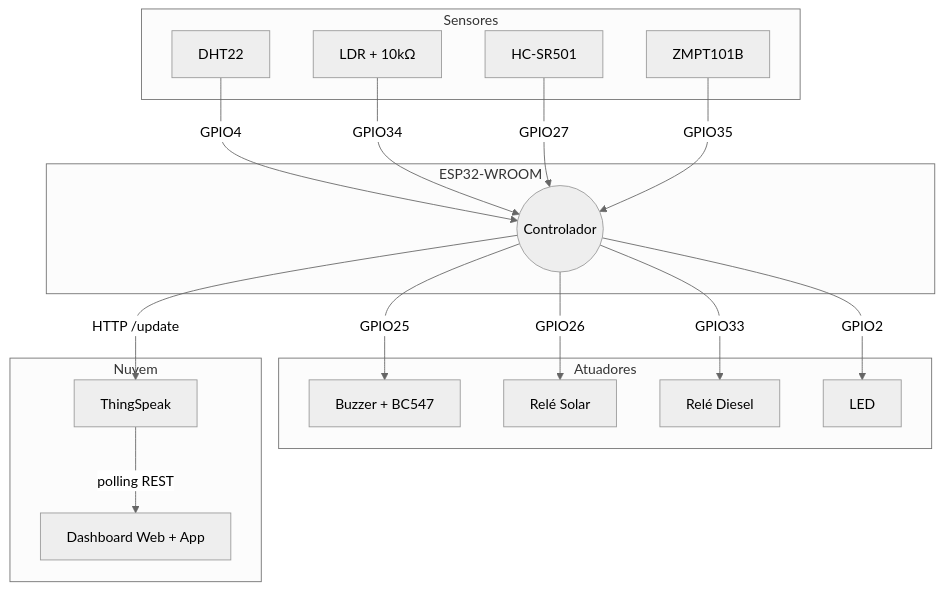
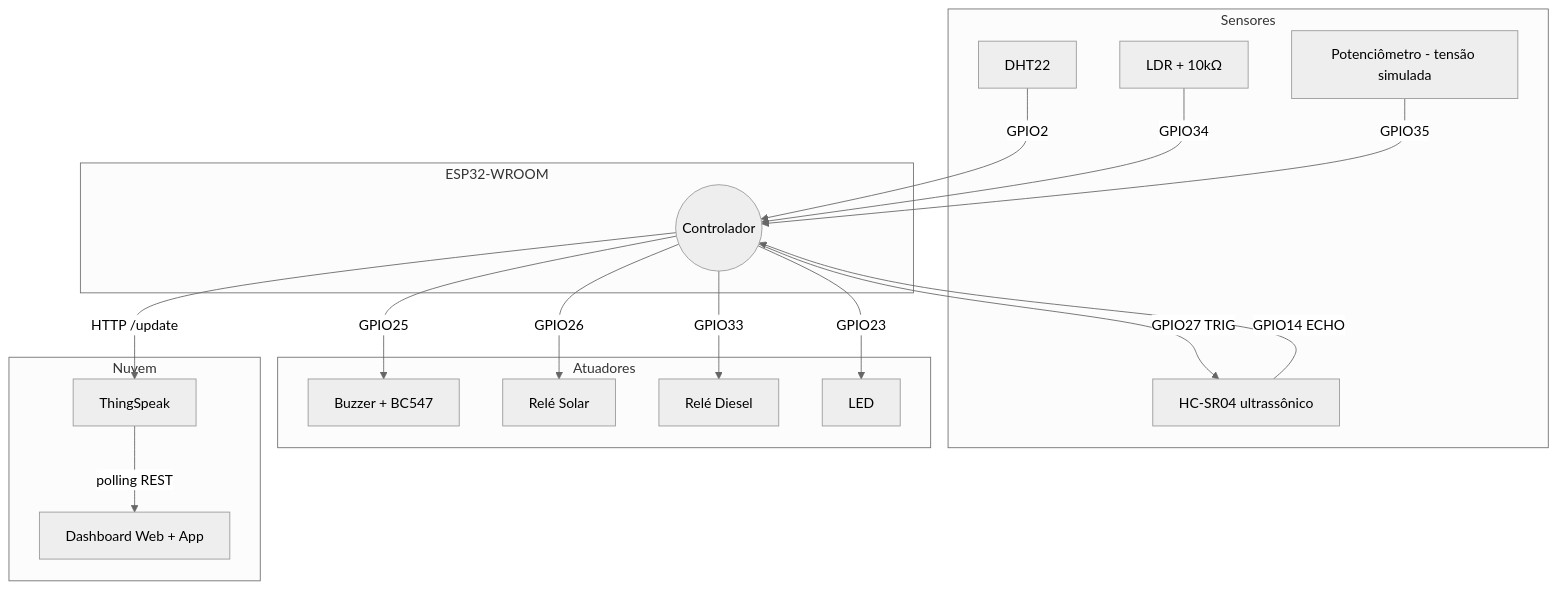
The diagram in docs/esquematico.md (JoaoGabriel1601/BETA-IOT-2.0), drawn with Mermaid (neutral theme) before and after one commit. The commit also changed other lines of this file and 2 other files, not shown here.

````diff
--- a/docs/esquematico.md
+++ b/docs/esquematico.md
@@ -33,38 +36,39 @@
 ```mermaid
 graph TB
     subgraph Sensores
         DHT[DHT22]
         LDR[LDR + 10kΩ]
-        PIR[HC-SR501]
-        ZMPT[ZMPT101B]
+        HC[HC-SR04 ultrassônico]
+        POT[Potenciômetro - tensão simulada]
     end
 
     subgraph ESP32[ESP32-WROOM]
         ESP((Controlador))
     end
 
     subgraph Atuadores
         BUZ[Buzzer + BC547]
         RL1[Relé Solar]
         RL2[Relé Diesel]
         LED[LED]
     end
 
     subgraph Nuvem
         TS[ThingSpeak]
         WEB[Dashboard Web + App]
     end
 
-    DHT -->|GPIO4| ESP
+    DHT -->|GPIO2| ESP
     LDR -->|GPIO34| ESP
-    PIR -->|GPIO27| ESP
-    ZMPT -->|GPIO35| ESP
+    ESP -->|GPIO27 TRIG| HC
+    HC -->|GPIO14 ECHO| ESP
+    POT -->|GPIO35| ESP
 
     ESP -->|GPIO25| BUZ
     ESP -->|GPIO26| RL1
     ESP -->|GPIO33| RL2
-    ESP -->|GPIO2| LED
+    ESP -->|GPIO23| LED
 
     ESP -->|HTTP /update| TS
     TS -->|polling REST| WEB
 ```
````
